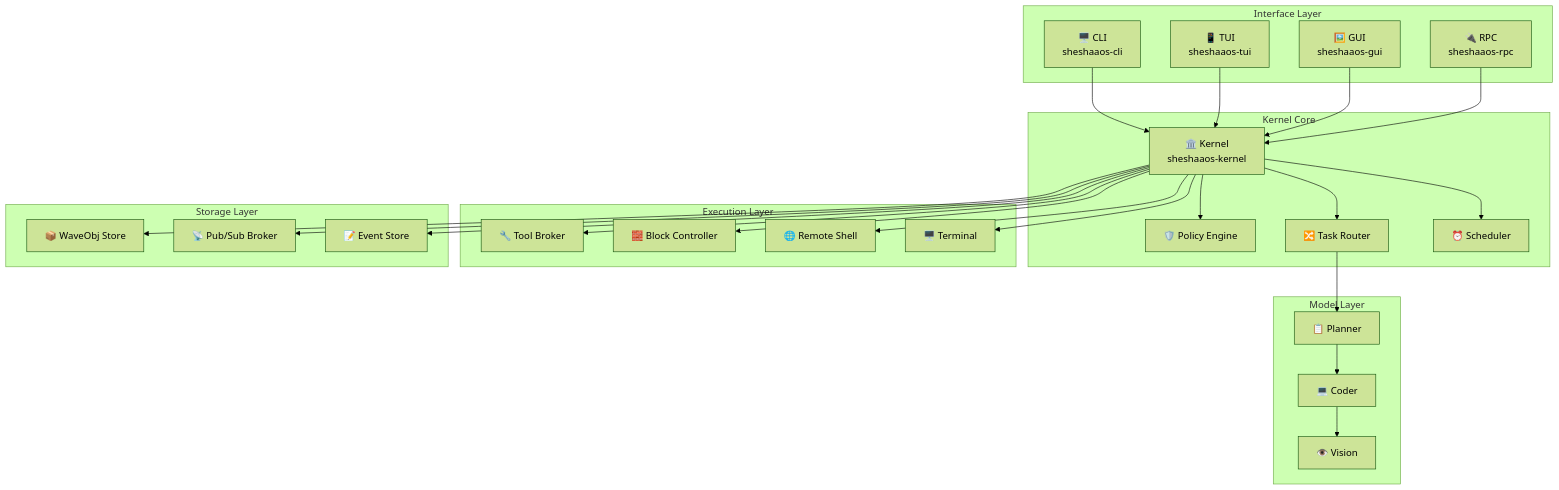
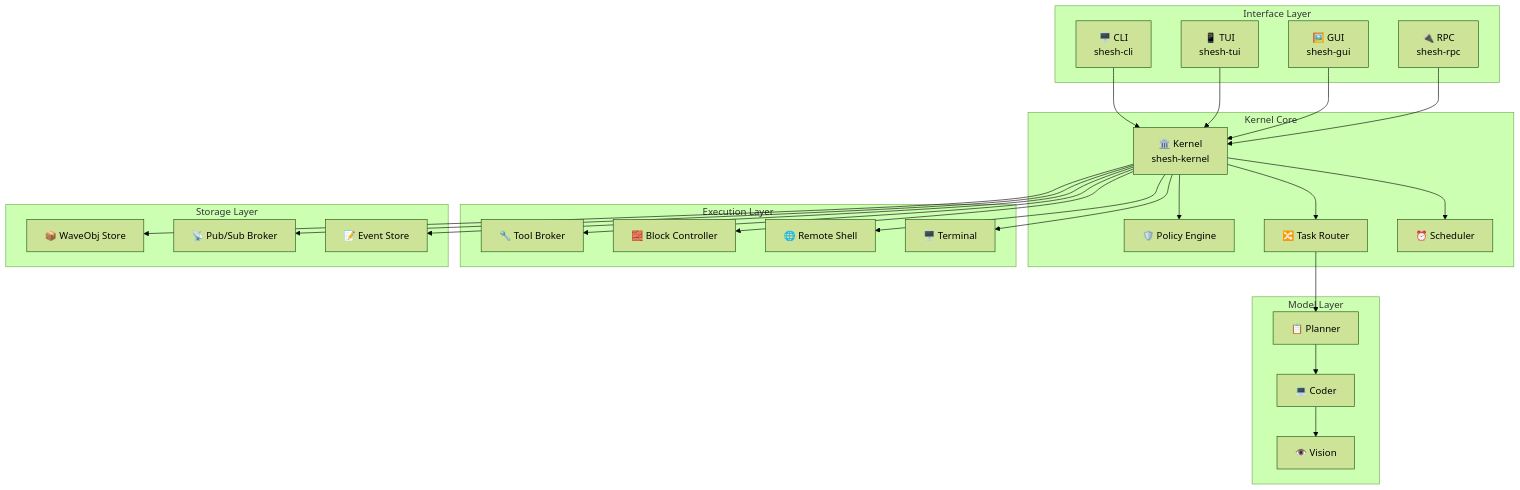
The first of 5 diagrams in README.md (gaganjainse/SheshAOS), drawn with Mermaid (forest theme) before and after one commit. The commit also changed other lines of this file and 244 other files, not shown here.

First line of the commit message:
feat: sheshaaos-*→shesh-* crate rename + REAL russh-0.43 port + zero-warning gate

````diff
--- a/README.md
+++ b/README.md
@@ -68,57 +68,57 @@
 ```mermaid
 graph TB
     subgraph "Interface Layer"
-        CLI["🖥️ CLI<br/>sheshaaos-cli"]
-        TUI["📱 TUI<br/>sheshaaos-tui"]
-        GUI["🖼️ GUI<br/>sheshaaos-gui"]
-        RPC["🔌 RPC<br/>sheshaaos-rpc"]
+        CLI["🖥️ CLI<br/>shesh-cli"]
+        TUI["📱 TUI<br/>shesh-tui"]
+        GUI["🖼️ GUI<br/>shesh-gui"]
+        RPC["🔌 RPC<br/>shesh-rpc"]
     end
 
     subgraph "Kernel Core"
-        K["🏛️ Kernel<br/>sheshaaos-kernel"]
+        K["🏛️ Kernel<br/>shesh-kernel"]
         P["🛡️ Policy Engine"]
         R["🔀 Task Router"]
         S["⏰ Scheduler"]
     end
 
     subgraph "Model Layer"
         PL["📋 Planner"]
         CO["💻 Coder"]
         VI["👁️ Vision"]
     end
 
     subgraph "Execution Layer"
         T["🔧 Tool Broker"]
         B["🧱 Block Controller"]
         RM["🌐 Remote Shell"]
         TE["🖥️ Terminal"]
     end
 
     subgraph "Storage Layer"
         WO["📦 WaveObj Store"]
         WP["📡 Pub/Sub Broker"]
         ES["📝 Event Store"]
     end
 
     CLI --> K
     TUI --> K
     GUI --> K
     RPC --> K
 
     K --> P
     K --> R
     K --> S
 
     R --> PL
     PL --> CO
     CO --> VI
 
     K --> T
     K --> B
     K --> RM
     K --> TE
 
     K --> WO
     K --> WP
     K --> ES
 ```
````
